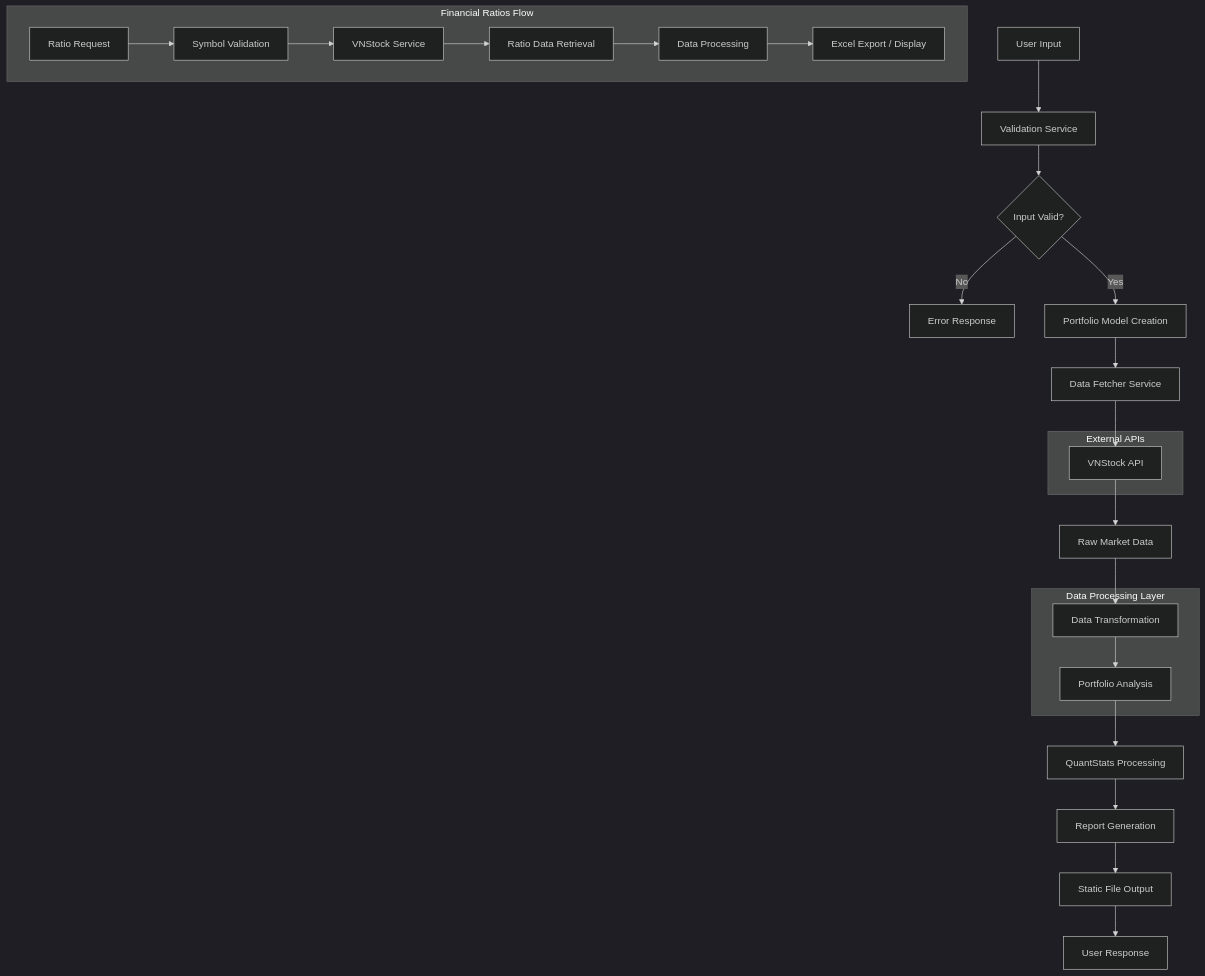
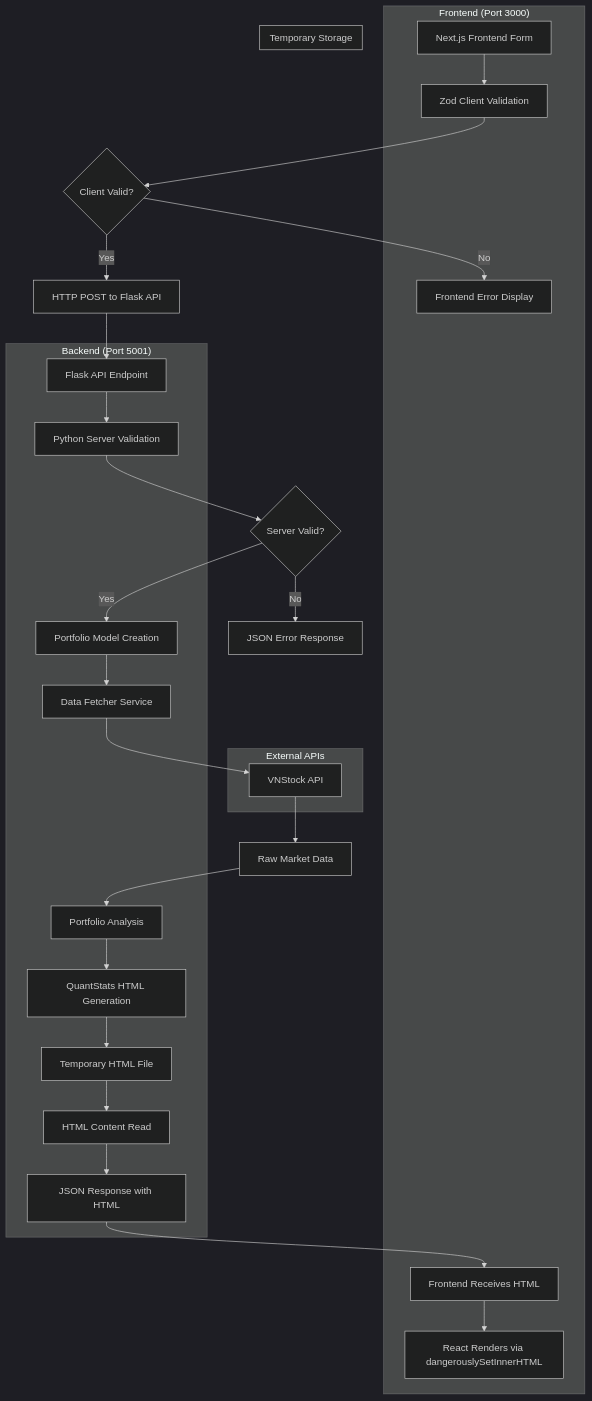
Before and after one commit to gahoccode/tearsheet: the diagram in docs/architecture/data-architecture.md, drawn with Mermaid (dark theme). The commit also changed other lines of this file and 5 other files, not shown here.

First line of the commit message:
docs: replace Plotly charts with QuantStats HTML tearsheet

````diff
--- a/docs/architecture/data-architecture.md
+++ b/docs/architecture/data-architecture.md
@@ -36,38 +36,54 @@
 ```mermaid
 flowchart TD
-    A[User Input] --> B[Validation Service]
-    B --> C{Input Valid?}
-    C -->|No| D[Error Response]
-    C -->|Yes| E[Portfolio Model Creation]
+    A[Next.js Frontend Form] --> B[Zod Client Validation]
+    B --> C{Client Valid?}
+    C -->|No| D[Frontend Error Display]
+    C -->|Yes| E[HTTP POST to Flask API]
     
-    E --> F[Data Fetcher Service]
-    F --> G[VNStock API]
-    G --> H[Raw Market Data]
+    E --> F[Flask API Endpoint]
+    F --> G[Python Server Validation]
+    G --> H{Server Valid?}
+    H -->|No| I[JSON Error Response]
+    H -->|Yes| J[Portfolio Model Creation]
     
-    H --> I[Data Transformation]
-    I --> J[Portfolio Analysis]
-    J --> K[QuantStats Processing]
+    J --> K[Data Fetcher Service]
+    K --> L[VNStock API]
+    L --> M[Raw Market Data]
     
-    K --> L[Report Generation]
-    L --> M[Static File Output]
-    M --> N[User Response]
+    M --> N[Portfolio Analysis]
+    N --> O[QuantStats HTML Generation]
+    O --> P[Temporary HTML File]
+    P --> Q[HTML Content Read]
+    Q --> R[JSON Response with HTML]
     
-    subgraph "Financial Ratios Flow"
-        O[Ratio Request] --> P[Symbol Validation]
-        P --> Q[VNStock Service]
-        Q --> R[Ratio Data Retrieval]
-        R --> S[Data Processing]
-        S --> T[Excel Export / Display]
+    R --> S[Frontend Receives HTML]
+    S --> T[React Renders via dangerouslySetInnerHTML]
+    
+    subgraph "Frontend (Port 3000)"
+        A
+        B
+        D
+        S
+        T
     end
     
-    subgraph "Data Processing Layer"
-        I
+    subgraph "Backend (Port 5001)"
+        F
+        G
         J
-        S
+        K
+        N
+        O
+        P
+        Q
+        R
     end
     
     subgraph "External APIs"
-        G
-        Q
+        L
+    end
+    
+    subgraph "Temporary Storage"
+        P
     end
 ```
````
